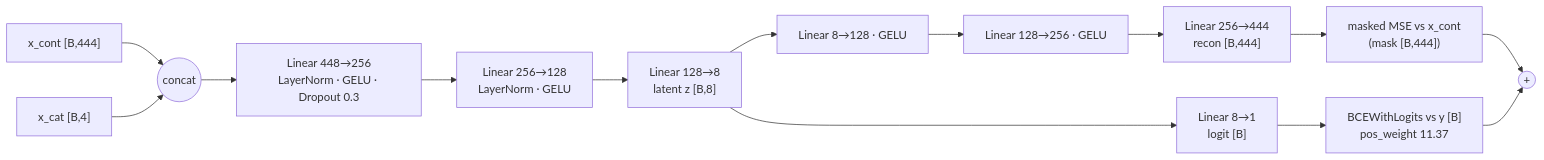
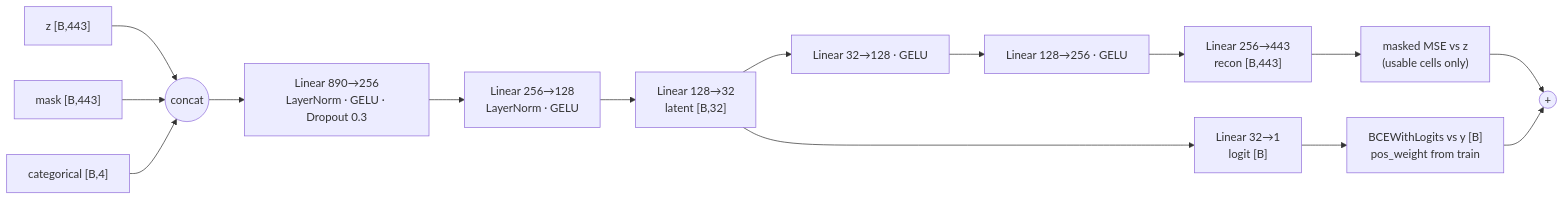
One commit to chiranshee26-source/wafer-guard-audit changed the third of 3 diagrams in README.md. Above: the diagram before and after it, drawn with Mermaid. The commit also changed other lines of this file and 11 other files, not shown here.

````diff
--- a/README.md
+++ b/README.md
@@ -127,16 +146,17 @@
 ```mermaid
 flowchart LR
-    XC["x_cont [B,444]"] --> CAT(("concat"))
-    XK["x_cat [B,4]"] --> CAT
-    CAT --> E1["Linear 448→256<br/>LayerNorm · GELU · Dropout 0.3"]
+    XC["z [B,443]"] --> CAT(("concat"))
+    XM["mask [B,443]"] --> CAT
+    XK["categorical [B,4]"] --> CAT
+    CAT --> E1["Linear 890→256<br/>LayerNorm · GELU · Dropout 0.3"]
     E1 --> E2["Linear 256→128<br/>LayerNorm · GELU"]
-    E2 --> Z["Linear 128→8<br/>latent z [B,8]"]
-    Z --> D1["Linear 8→128 · GELU"]
+    E2 --> Z["Linear 128→32<br/>latent [B,32]"]
+    Z --> D1["Linear 32→128 · GELU"]
     D1 --> D2["Linear 128→256 · GELU"]
-    D2 --> D3["Linear 256→444<br/>recon [B,444]"]
-    Z --> H["Linear 8→1<br/>logit [B]"]
-    D3 --> L1["masked MSE vs x_cont<br/>(mask [B,444])"]
-    H --> L2["BCEWithLogits vs y [B]<br/>pos_weight 11.37"]
+    D2 --> D3["Linear 256→443<br/>recon [B,443]"]
+    Z --> H["Linear 32→1<br/>logit [B]"]
+    D3 --> L1["masked MSE vs z<br/>(usable cells only)"]
+    H --> L2["BCEWithLogits vs y [B]<br/>pos_weight from train"]
     L1 --> L(("+"))
     L2 --> L
 ```
````
